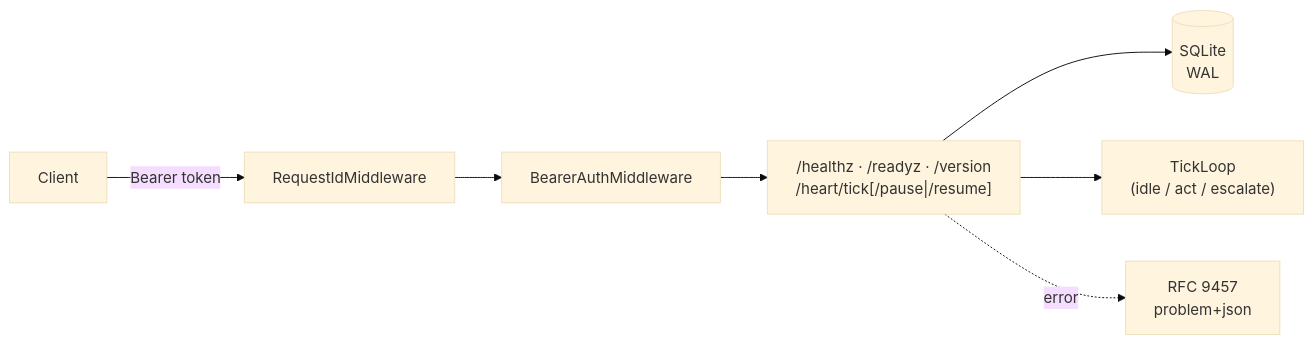
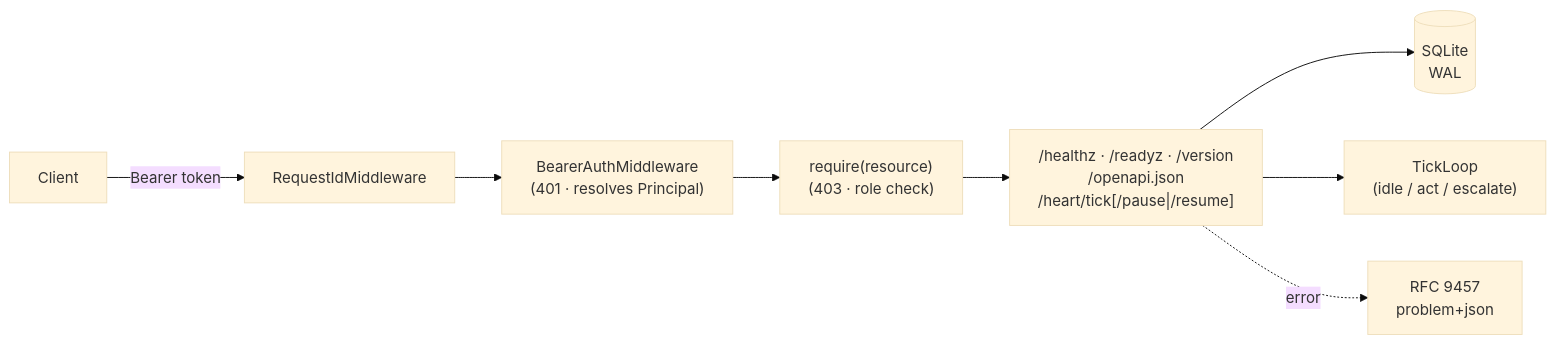
The diagram in README.md (giacchetta/ansina), drawn with Mermaid (base theme) before and after one commit. The commit also changed other lines of this file and 25 other files, not shown here.

````diff
--- a/README.md
+++ b/README.md
@@ -9,9 +9,10 @@
 ```mermaid
 flowchart LR
     Client["Client"] -->|Bearer token| MW["RequestIdMiddleware"]
-    MW --> Auth["BearerAuthMiddleware"]
-    Auth --> Routes["/healthz · /readyz · /version<br/>/heart/tick[/pause|/resume]"]
+    MW --> Auth["BearerAuthMiddleware<br/>(401 · resolves Principal)"]
+    Auth --> Authz["require(resource)<br/>(403 · role check)"]
+    Authz --> Routes["/healthz · /readyz · /version<br/>/openapi.json<br/>/heart/tick[/pause|/resume]"]
     Routes --> DB[("SQLite<br/>WAL")]
     Routes --> Tick["TickLoop<br/>(idle / act / escalate)"]
     Routes -.error.-> Problem["RFC 9457<br/>problem+json"]
 ```
````
